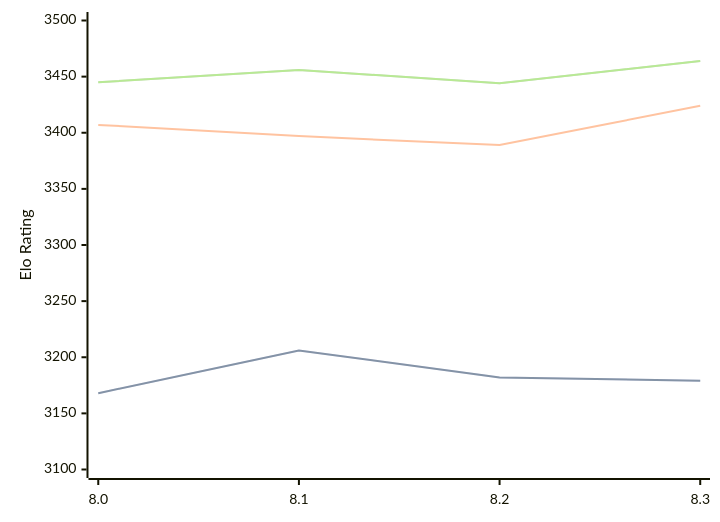
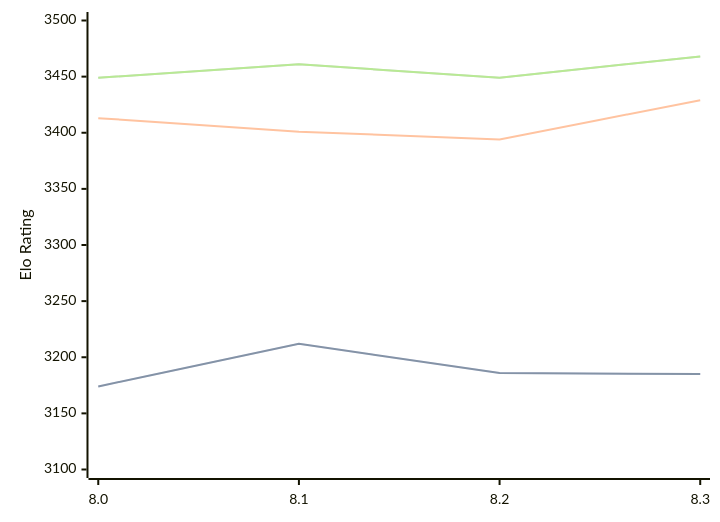
One commit to computer-chess-index/cci changed the diagram in engines/Alexander.md. Above: the diagram before and after it, drawn with Mermaid. The commit also changed other lines of this file, not shown here.

Commit message:
Update CCI Ratings (ELO VLTC) - 2026-04-14

````diff
--- a/engines/Alexander.md
+++ b/engines/Alexander.md
@@ -48,11 +48,11 @@
 ```mermaid
 %%{init: {"theme":"base","themeVariables":{"seriesColors:['#a3a3a3','#222221','#faa371']}}}%%
 xychart-beta
   x-axis ["8.0", "8.1", "8.2", "8.3"]
   y-axis "Elo Rating" 3100 --> 3500
-  line "STC (8.0+0.08s)" [3168, 3206, 3182, 3179]
-  line "STC (8.0+0.08s)" [3168, 3206, 3182, 3179]
-  line "LTC (60.0+0.60s)" [3407, 3397, 3389, 3424]
-  line "VLTC (2m24s+1.12s)" [3445, 3456, 3444, 3464]
-  line "VLTC (2m24s+1.12s)" [3445, 3456, 3444, 3464]
+  line "STC (8.0+0.08s)" [3174, 3212, 3186, 3185]
+  line "STC (8.0+0.08s)" [3174, 3212, 3186, 3185]
+  line "LTC (60.0+0.60s)" [3413, 3401, 3394, 3429]
+  line "VLTC (2m24s+1.12s)" [3449, 3461, 3449, 3468]
+  line "VLTC (2m24s+1.12s)" [3449, 3461, 3449, 3468]
 ```
````
